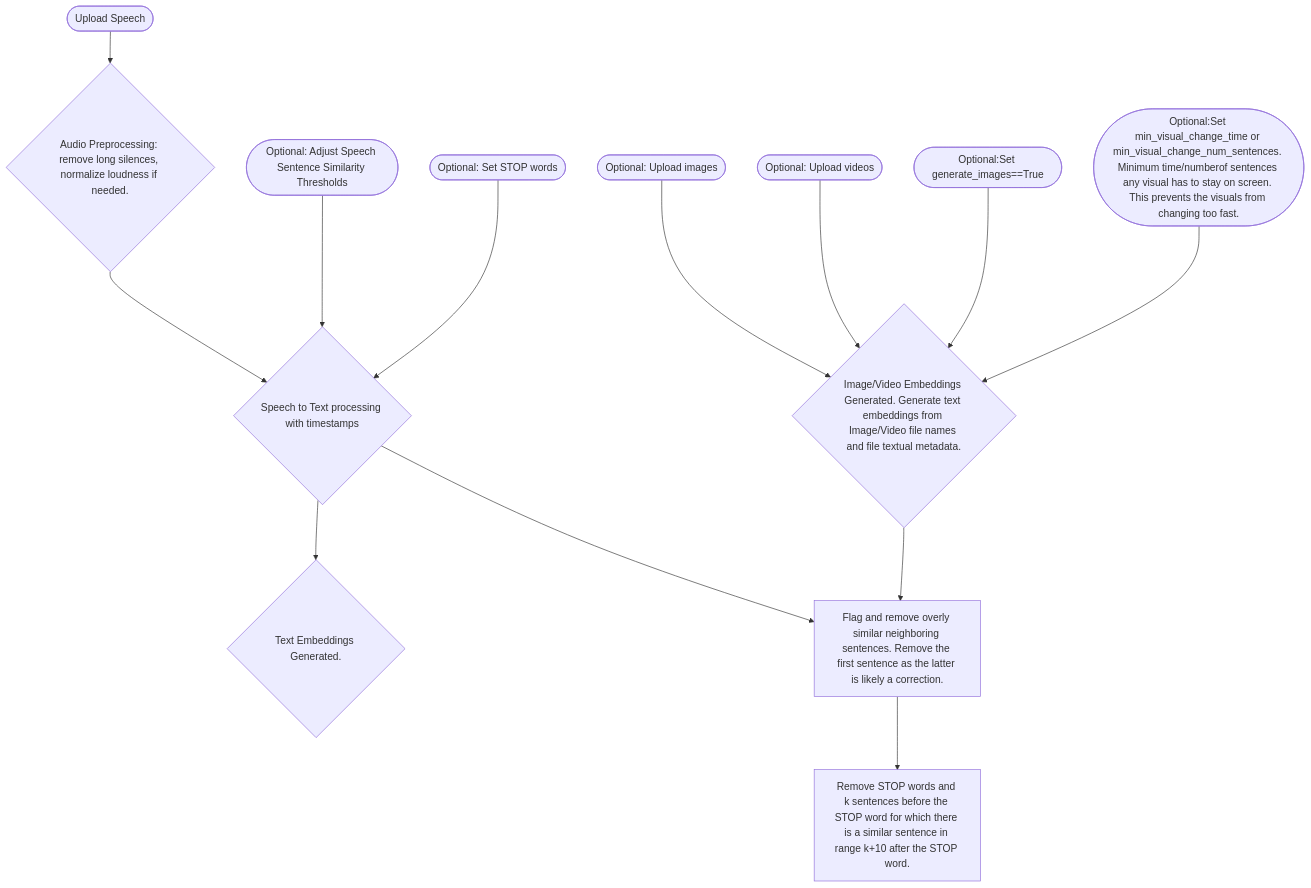
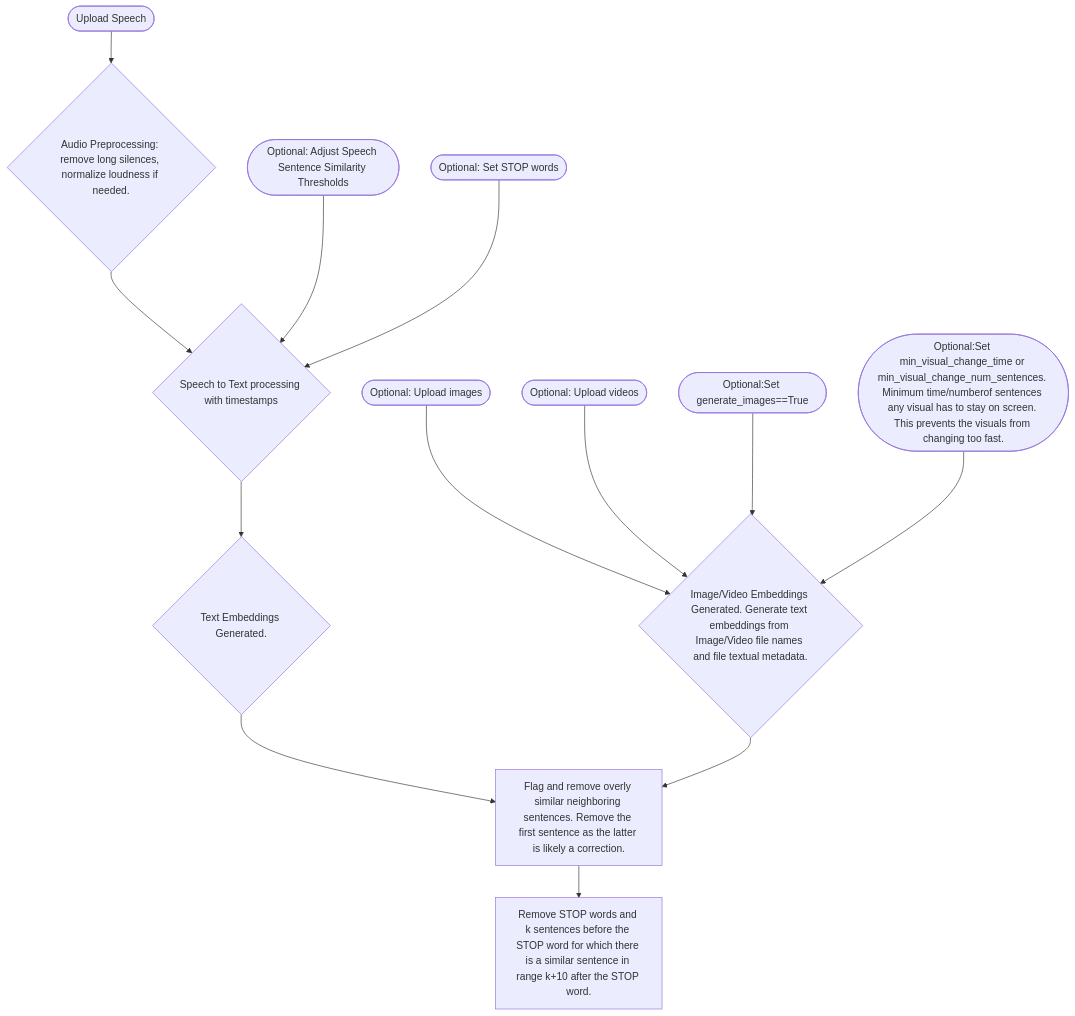
The diagram in README.md (GeorgeDavila/yappy-video-editor), drawn with Mermaid before and after one commit. The commit also changed other lines of this file, not shown here.

````diff
--- a/README.md
+++ b/README.md
@@ -9,18 +9,18 @@
 ```mermaid
 graph TD;
     A1(["Upload Speech"])-->B0{"Audio Preprocessing: remove long silences, normalize loudness if needed."};
     B0-->B1{"Speech to Text processing with timestamps"}
     B1-->B3{"Text Embeddings Generated."};
     A2(["Optional: Upload images"])-->B2{"Image/Video Embeddings Generated. Generate text embeddings from Image/Video file names and file textual metadata."};
     A3(["Optional: Upload videos"])-->B2;
 
-    B1-->C1["Flag and remove overly similar neighboring sentences. Remove the first sentence as the latter is likely a correction."]
-    C1-->C2["Remove STOP words and k sentences before the STOP word for which there is a similar sentence in range k+10 after the STOP word."]
+    B3-->C1["Flag and remove overly similar neighboring sentences. Remove the first sentence as the latter is likely a correction."];
+    C1-->C2["Remove STOP words and k sentences before the STOP word for which there is a similar sentence in range k+10 after the STOP word."];
     B2-->C1;
     
     PARAM1(["Optional: Adjust Speech Sentence Similarity Thresholds"])-->B1;
     PARAM2(["Optional: Set STOP words"])-->B1;
     PARAM3(["Optional:Set generate_images==True"])-->B2;
     PARAM4(["Optional:Set min_visual_change_time or min_visual_change_num_sentences. Minimum time/numberof sentences any visual has to stay on screen. This prevents the visuals from changing too fast. "])-->B2;
 
 ```
````
